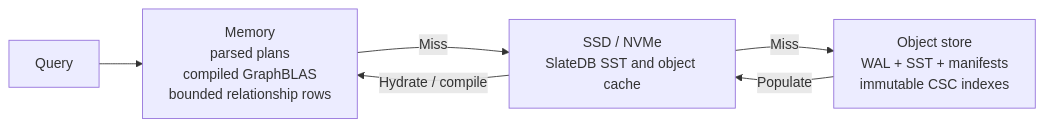
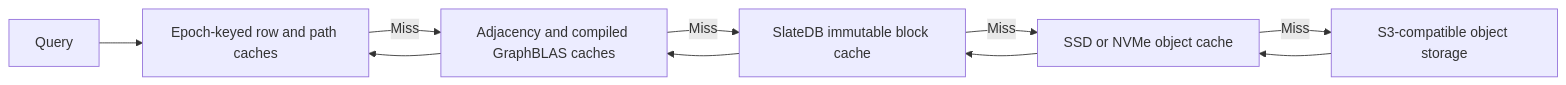
The tenth of 10 diagrams in architecture.md (BHAVIKA44/hydraddb), drawn with Mermaid before and after one commit. The commit also changed other lines of this file and 4 other files, not shown here.

````diff
--- a/architecture.md
+++ b/architecture.md
@@ -308,13 +520,19 @@
 ```mermaid
 flowchart LR
     QUERY["Query"]
-    RAM["Memory<br/>parsed plans<br/>compiled GraphBLAS<br/>bounded relationship rows"]
-    NVME["SSD / NVMe<br/>SlateDB SST and object cache"]
-    S3["Object store<br/>WAL + SST + manifests<br/>immutable CSC indexes"]
+    RESULT["Epoch-keyed row and path caches"]
+    MATRIX["Adjacency and compiled GraphBLAS caches"]
+    BLOCK["SlateDB immutable block cache"]
+    NVME["SSD or NVMe object cache"]
+    STORE["S3-compatible object storage"]
 
-    QUERY --> RAM
-    RAM -->|"Miss"| NVME
-    NVME -->|"Miss"| S3
-    S3 -->|"Populate"| NVME
-    NVME -->|"Hydrate / compile"| RAM
+    QUERY --> RESULT
+    RESULT -->|"Miss"| MATRIX
+    MATRIX -->|"Miss"| BLOCK
+    BLOCK -->|"Miss"| NVME
+    NVME -->|"Miss"| STORE
+    STORE --> NVME
+    NVME --> BLOCK
+    BLOCK --> MATRIX
+    MATRIX --> RESULT
 ```
````
